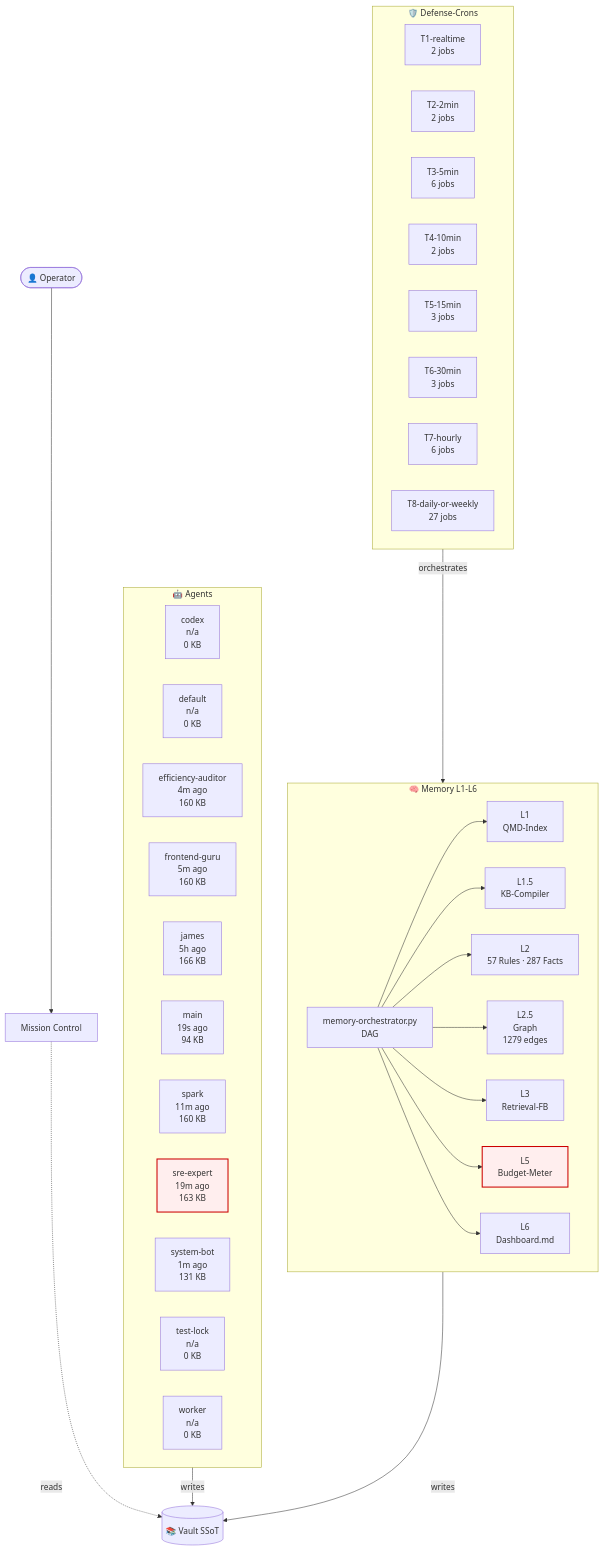
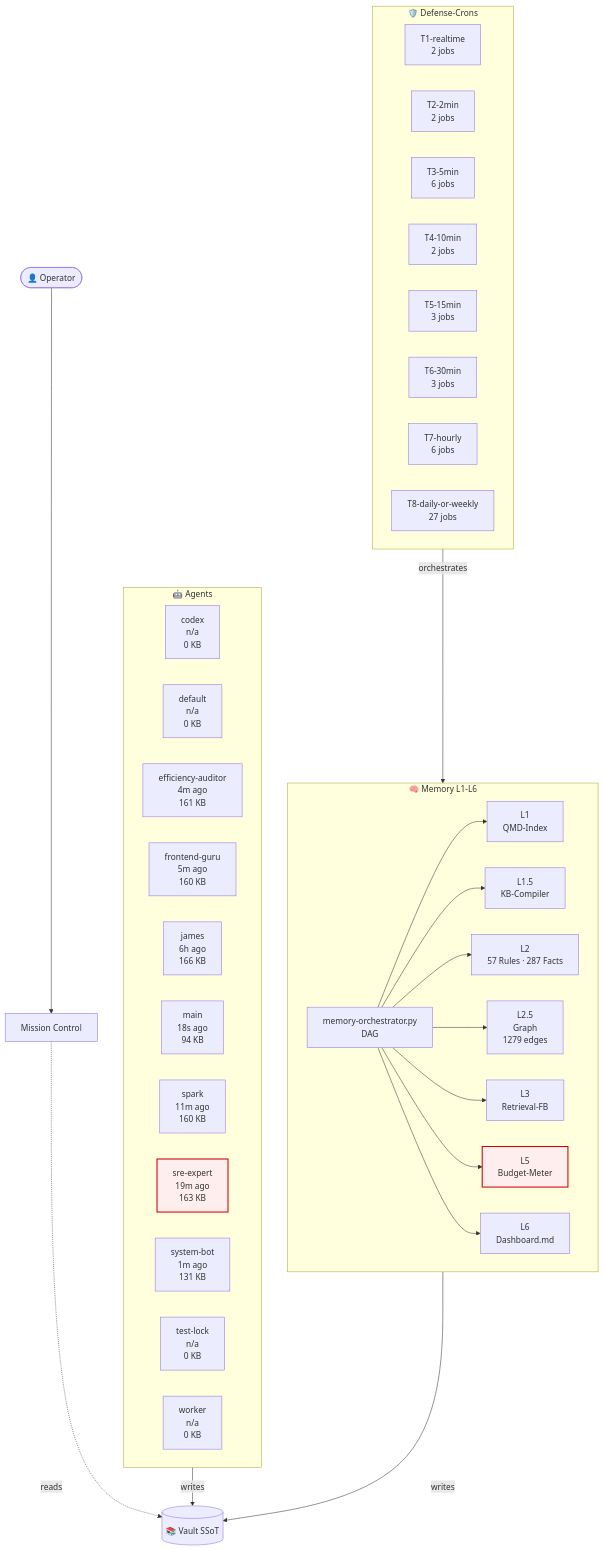
The diagram in 03-Agents/architecture-live.md (lenardhuebner88-rgb/openclaw-memory), drawn with Mermaid before and after one commit. The commit also changed other lines of this file and 1 other file, not shown here.

````diff
--- a/03-Agents/architecture-live.md
+++ b/03-Agents/architecture-live.md
@@ -18,54 +18,54 @@
 ```mermaid
 flowchart TB
     classDef critical fill:#fee,stroke:#c00,stroke-width:2px;
     subgraph AGT["🤖 Agents"]
         agent_codex["codex<br/>n/a<br/>0 KB"]
         agent_default["default<br/>n/a<br/>0 KB"]
-        agent_efficiency_auditor["efficiency-auditor<br/>4m ago<br/>160 KB"]
+        agent_efficiency_auditor["efficiency-auditor<br/>4m ago<br/>161 KB"]
         agent_frontend_guru["frontend-guru<br/>5m ago<br/>160 KB"]
-        agent_james["james<br/>5h ago<br/>166 KB"]
-        agent_main["main<br/>19s ago<br/>94 KB"]
+        agent_james["james<br/>6h ago<br/>166 KB"]
+        agent_main["main<br/>18s ago<br/>94 KB"]
         agent_spark["spark<br/>11m ago<br/>160 KB"]
         agent_sre_expert["sre-expert<br/>19m ago<br/>163 KB"]
         agent_system_bot["system-bot<br/>1m ago<br/>131 KB"]
         agent_test_lock["test-lock<br/>n/a<br/>0 KB"]
         agent_worker["worker<br/>n/a<br/>0 KB"]
     end
     subgraph MEM["🧠 Memory L1-L6"]
         L1["L1<br/>QMD-Index"]
         L15["L1.5<br/>KB-Compiler"]
         L2["L2<br/>57 Rules · 287 Facts"]
         L25["L2.5<br/>Graph<br/>1279 edges"]
         L3["L3<br/>Retrieval-FB"]
         L5["L5<br/>Budget-Meter"]
         L6["L6<br/>Dashboard.md"]
         ORCH["memory-orchestrator.py<br/>DAG"]
     end
     subgraph CRN["🛡️ Defense-Crons"]
         tier_T1_realtime["T1-realtime<br/>2 jobs"]
         tier_T2_2min["T2-2min<br/>2 jobs"]
         tier_T3_5min["T3-5min<br/>6 jobs"]
         tier_T4_10min["T4-10min<br/>2 jobs"]
         tier_T5_15min["T5-15min<br/>3 jobs"]
         tier_T6_30min["T6-30min<br/>3 jobs"]
         tier_T7_hourly["T7-hourly<br/>6 jobs"]
         tier_T8_daily_or_weekly["T8-daily-or-weekly<br/>27 jobs"]
     end
     VAULT[("📚 Vault SSoT")]
     OP([👤 Operator])
     MC["Mission Control"]
     OP --> MC
     MC -.reads.-> VAULT
     AGT -->|writes| VAULT
     MEM -->|writes| VAULT
     ORCH --> L1
     ORCH --> L15
     ORCH --> L2
     ORCH --> L25
     ORCH --> L3
     ORCH --> L5
     ORCH --> L6
     CRN -->|orchestrates| MEM
     class L5 critical
     class agent_sre_expert critical
 ```
````
